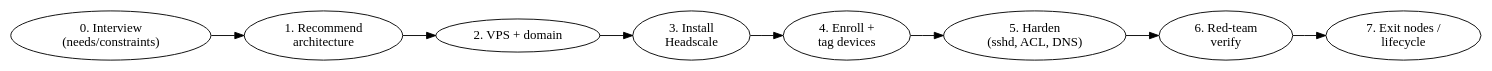
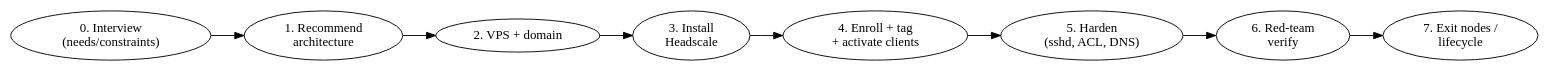
The diagram in SKILL.md (rokabytedev/headscale-china-kit), drawn with Graphviz before and after one commit. The commit also changed other lines of this file and 4 other files, not shown here.

````diff
--- a/SKILL.md
+++ b/SKILL.md
@@ -46,14 +52,14 @@
 ```dot
 digraph flow {
   rankdir=LR;
   interview -> recommend -> provision -> install -> enroll -> harden -> verify -> optional;
   interview [label="0. Interview\n(needs/constraints)"];
   recommend [label="1. Recommend\narchitecture"];
   provision [label="2. VPS + domain"];
   install   [label="3. Install\nHeadscale"];
-  enroll    [label="4. Enroll +\ntag devices"];
+  enroll    [label="4. Enroll + tag\n+ activate clients"];
   harden    [label="5. Harden\n(sshd, ACL, DNS)"];
   verify    [label="6. Red-team\nverify"];
   optional  [label="7. Exit nodes /\nlifecycle"];
 }
 ```
````
